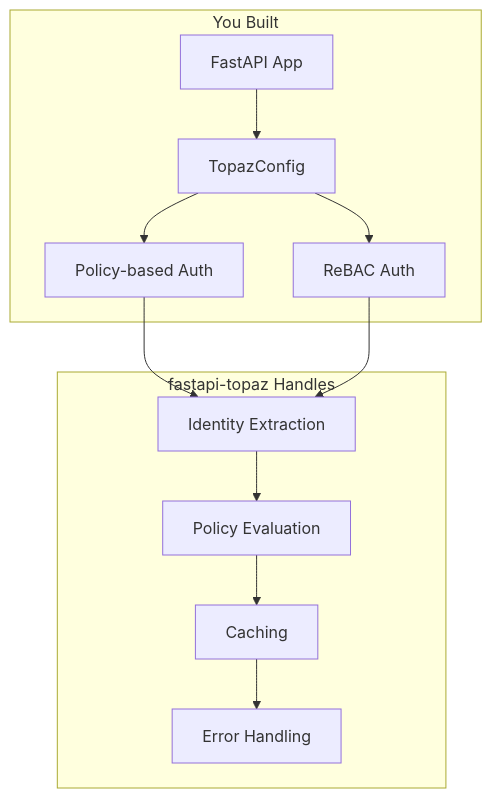
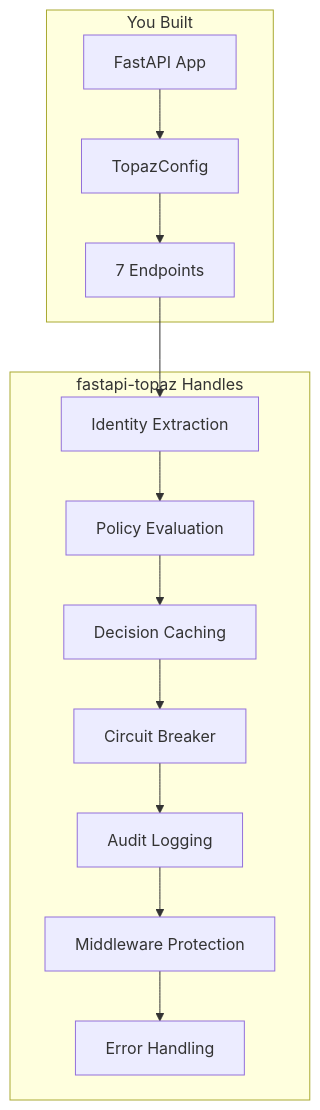
One commit to jmanteau/fastapi-topaz changed the second of 2 diagrams in docs/tutorials/getting-started.md. Above: the diagram before and after it, drawn with Mermaid. The commit also changed other lines of this file and 51 other files, not shown here.

Commit message:
refactor: restructure library into dedicated modules (config, cache, policy), improve middleware path_params injection, rewrite docs and policies for v1.0

````diff
--- a/docs/tutorials/getting-started.md
+++ b/docs/tutorials/getting-started.md
@@ -267,25 +394,23 @@
 ```mermaid
 flowchart TB
     subgraph "You Built"
         A[FastAPI App]
         B[TopazConfig]
-        C[Policy-based Auth]
-        D[ReBAC Auth]
+        C[7 Endpoints]
     end
 
     subgraph "fastapi-topaz Handles"
-        E[Identity Extraction]
-        F[Policy Evaluation]
-        G[Caching]
-        H[Error Handling]
+        D[Identity Extraction]
+        E[Policy Evaluation]
+        F[Decision Caching]
+        G[Circuit Breaker]
+        H[Audit Logging]
+        I[Middleware Protection]
+        J[Error Handling]
     end
 
-    A --> B
-    B --> C
-    B --> D
-    C --> E
-    D --> E
-    E --> F
-    F --> G
-    G --> H
+    A --> B --> C
+    C --> D --> E
+    E --> F --> G
+    G --> H --> I --> J
 ```
````
